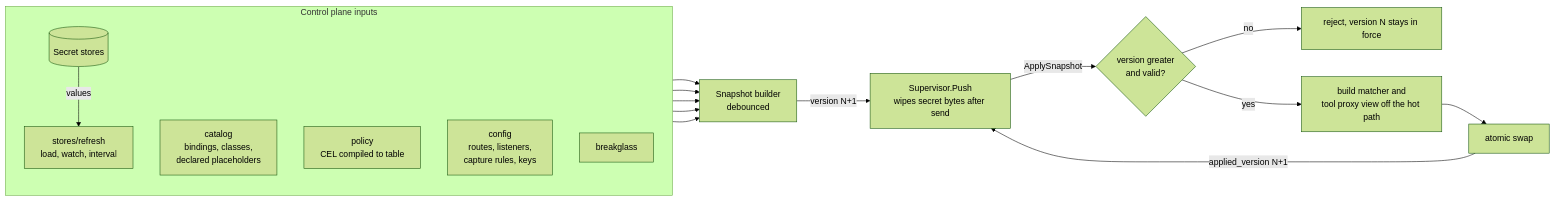
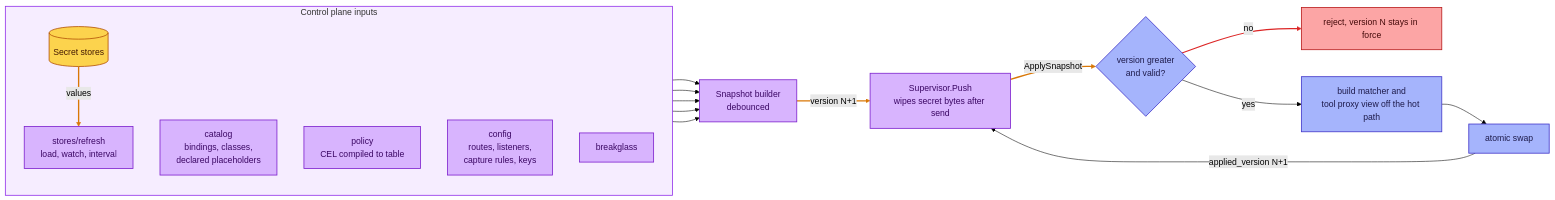
The sixth of 8 diagrams in docs/architecture.md (Heliopsy/scrim), drawn with Mermaid (forest theme) before and after one commit. The commit also changed other lines of this file and 6 other files, not shown here.

Commit message:
docs: new scrim logo and colour-coded mermaid diagrams

````diff
--- a/docs/architecture.md
+++ b/docs/architecture.md
@@ -343,26 +422,38 @@
 ```mermaid
 flowchart LR
   subgraph sources["Control plane inputs"]
     direction TB
     st[("Secret stores")]
     ref["stores/refresh<br>load, watch, interval"]
     cat["catalog<br>bindings, classes,<br>declared placeholders"]
     pol["policy<br>CEL compiled to table"]
     cfg["config<br>routes, listeners,<br>capture rules, keys"]
     bg["breakglass"]
   end
 
   st -- "values" --> ref
   ref --> b["Snapshot builder<br>debounced"]
   cat --> b
   pol --> b
   cfg --> b
   bg --> b
 
   b -- "version N+1" --> sup["Supervisor.Push<br>wipes secret bytes after send"]
   sup -- "ApplySnapshot" --> val{"version greater<br>and valid?"}
   val -- "no" --> keep["reject, version N stays in force"]
   val -- "yes" --> build["build matcher and<br>tool proxy view off the hot path"]
   build --> swap["atomic swap"]
   swap -- "applied_version N+1" --> sup
+  classDef dplane fill:#a5b4fc,stroke:#4338ca,stroke-width:1.5px,color:#1e1b4b
+  classDef cplane fill:#d8b4fe,stroke:#7e22ce,stroke-width:1.5px,color:#3b0764
+  classDef store fill:#fcd34d,stroke:#b45309,stroke-width:1.5px,color:#451a03
+  classDef refused fill:#fca5a5,stroke:#b91c1c,stroke-width:1.5px,color:#450a0a
+  classDef cpzone fill:#a855f71a,stroke:#9333ea,stroke-width:1.5px
+  class st store
+  class ref,cat,pol,cfg,bg,b,sup cplane
+  class val,build,swap dplane
+  class keep refused
+  class sources cpzone
+  linkStyle 0,6,7 stroke:#d97706,stroke-width:2.5px
+  linkStyle 8 stroke:#dc2626,stroke-width:2px
 ```
````
